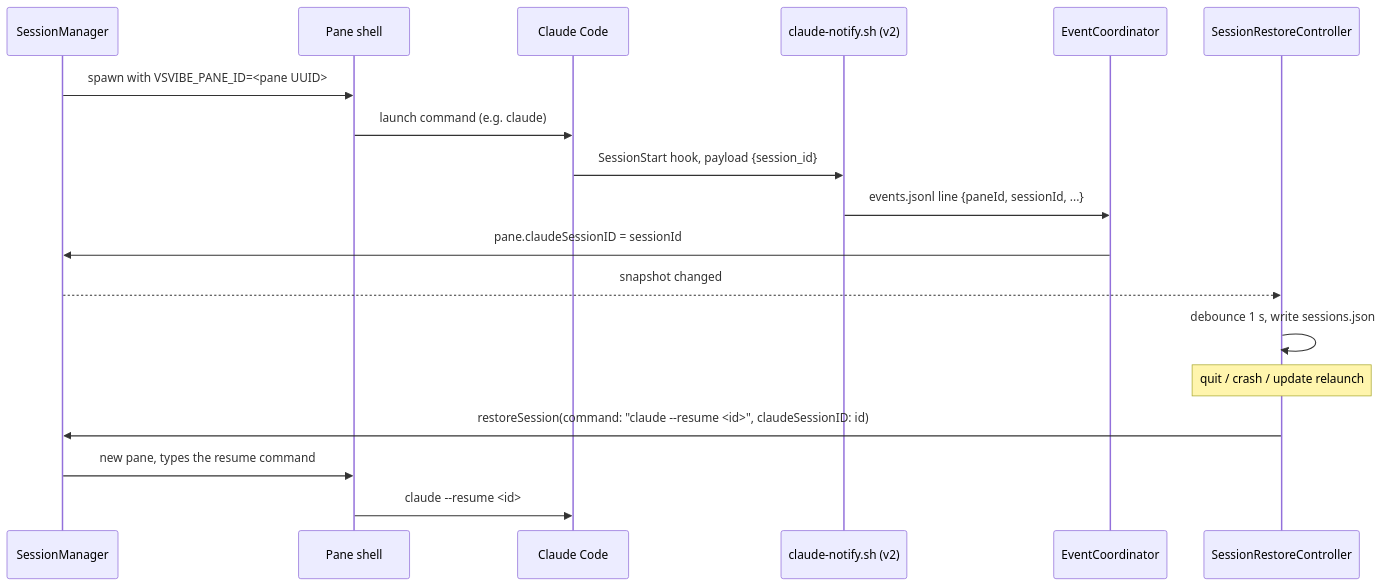
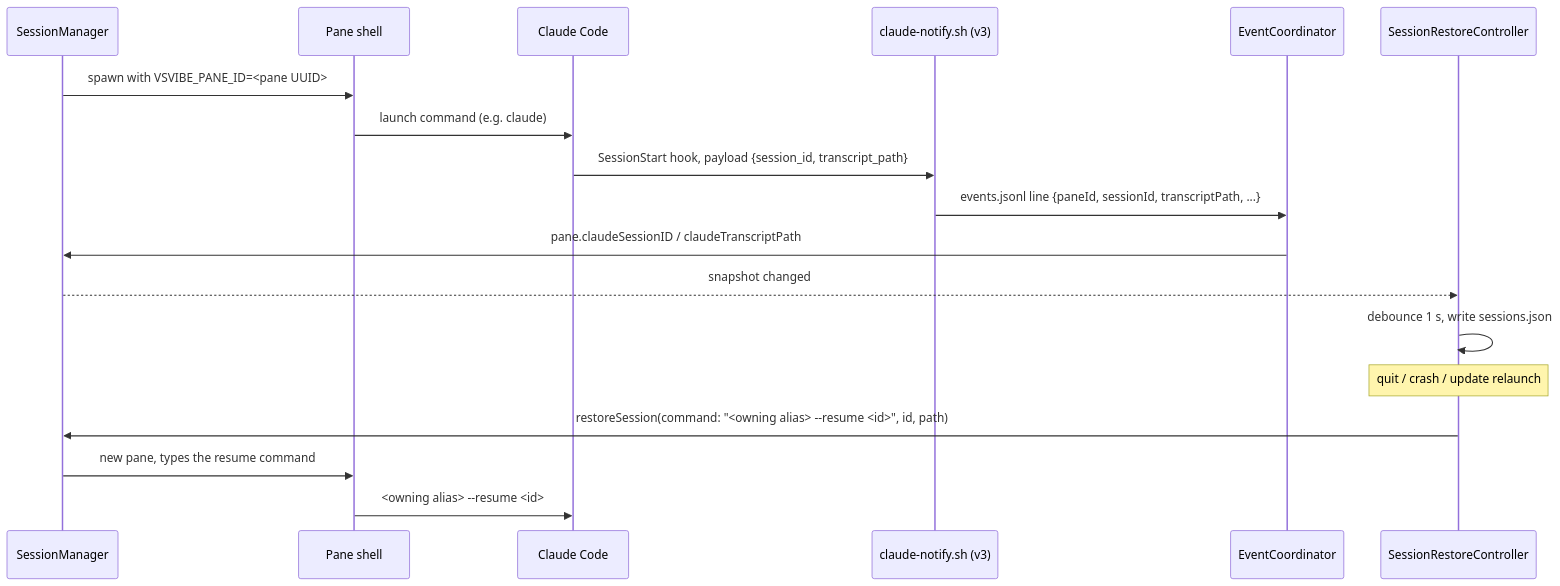
Before and after one commit to Mc231/vsvibe: the diagram in docs/session-restore.md, drawn with Mermaid. The commit also changed other lines of this file and 2 other files, not shown here.

First line of the commit message:
Document transcript-based alias selection on restore

````diff
--- a/docs/session-restore.md
+++ b/docs/session-restore.md
@@ -78,20 +89,20 @@
 ```mermaid
 sequenceDiagram
     participant SM as SessionManager
     participant Sh as Pane shell
     participant C as Claude Code
-    participant H as claude-notify.sh (v2)
+    participant H as claude-notify.sh (v3)
     participant EC as EventCoordinator
     participant RC as SessionRestoreController
     SM->>Sh: spawn with VSVIBE_PANE_ID=<pane UUID>
     Sh->>C: launch command (e.g. claude)
-    C->>H: SessionStart hook, payload {session_id}
-    H->>EC: events.jsonl line {paneId, sessionId, ...}
-    EC->>SM: pane.claudeSessionID = sessionId
+    C->>H: SessionStart hook, payload {session_id, transcript_path}
+    H->>EC: events.jsonl line {paneId, sessionId, transcriptPath, ...}
+    EC->>SM: pane.claudeSessionID / claudeTranscriptPath
     SM-->>RC: snapshot changed
     RC->>RC: debounce 1 s, write sessions.json
     Note over RC: quit / crash / update relaunch
-    RC->>SM: restoreSession(command: "claude --resume <id>", claudeSessionID: id)
+    RC->>SM: restoreSession(command: "<owning alias> --resume <id>", id, path)
     SM->>Sh: new pane, types the resume command
-    Sh->>C: claude --resume <id>
+    Sh->>C: <owning alias> --resume <id>
 ```
````
